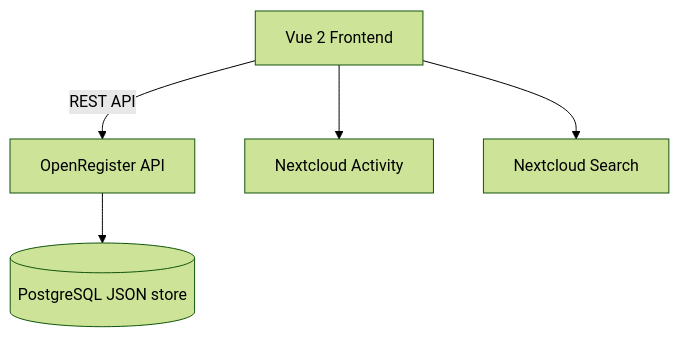
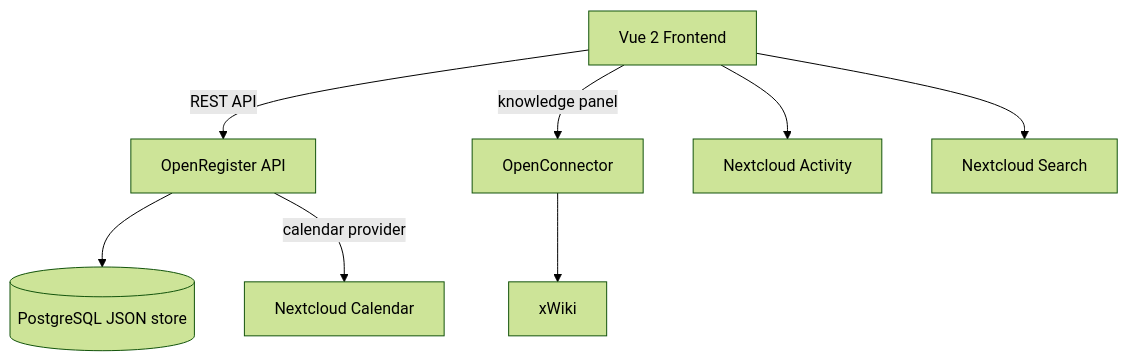
One commit to ConductionNL/deskdesk changed the diagram in README.md. Above: the diagram before and after it, drawn with Mermaid (forest theme). The commit also changed other lines of this file, not shown here.

````diff
--- a/README.md
+++ b/README.md
@@ -41,7 +49,9 @@
 ```mermaid
 graph TD
     A[Vue 2 Frontend] -->|REST API| B[OpenRegister API]
     B --> C[(PostgreSQL JSON store)]
-    A --> D[Nextcloud Activity]
-    A --> E[Nextcloud Search]
+    B -->|calendar provider| D[Nextcloud Calendar]
+    A -->|knowledge panel| E[OpenConnector] --> F[xWiki]
+    A --> G[Nextcloud Activity]
+    A --> H[Nextcloud Search]
 ```
````
